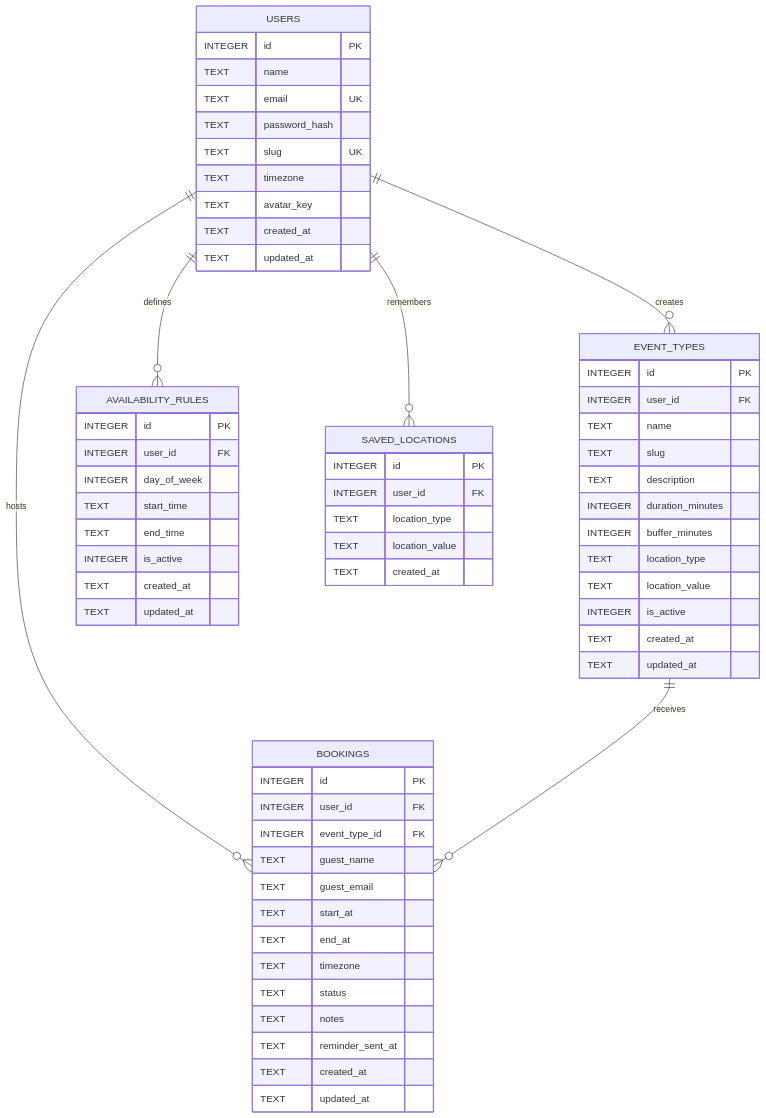
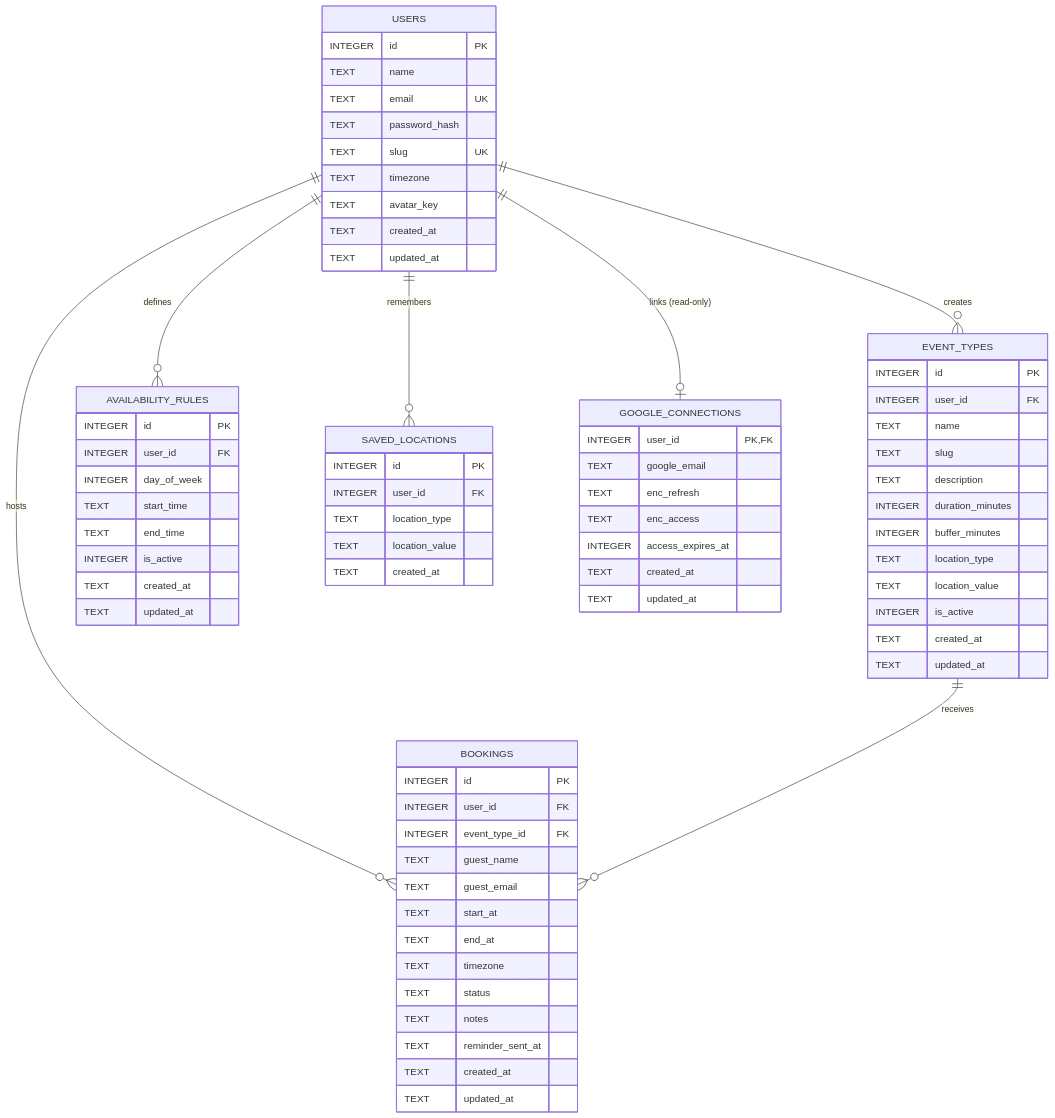
One commit to coachwmafendi/meetflow-cf changed the diagram in ERD.md. Above: the diagram before and after it, drawn with Mermaid. The commit also changed other lines of this file and 1 other file, not shown here.

Commit message:
docs(gcal): prd and erd describe google calendar connection

````diff
--- a/ERD.md
+++ b/ERD.md
@@ -39,71 +42,82 @@
 ```mermaid
 erDiagram
 
     USERS ||--o{ EVENT_TYPES : creates
     USERS ||--o{ AVAILABILITY_RULES : defines
     USERS ||--o{ BOOKINGS : hosts
     USERS ||--o{ SAVED_LOCATIONS : remembers
+    USERS ||--o| GOOGLE_CONNECTIONS : "links (read-only)"
     EVENT_TYPES ||--o{ BOOKINGS : receives
 
     USERS {
         INTEGER id PK
         TEXT name
         TEXT email UK
         TEXT password_hash
         TEXT slug UK
         TEXT timezone
         TEXT avatar_key
         TEXT created_at
         TEXT updated_at
     }
 
     EVENT_TYPES {
         INTEGER id PK
         INTEGER user_id FK
         TEXT name
         TEXT slug
         TEXT description
         INTEGER duration_minutes
         INTEGER buffer_minutes
         TEXT location_type
         TEXT location_value
         INTEGER is_active
         TEXT created_at
         TEXT updated_at
     }
 
     AVAILABILITY_RULES {
         INTEGER id PK
         INTEGER user_id FK
         INTEGER day_of_week
         TEXT start_time
         TEXT end_time
         INTEGER is_active
         TEXT created_at
         TEXT updated_at
     }
 
     BOOKINGS {
         INTEGER id PK
         INTEGER user_id FK
         INTEGER event_type_id FK
         TEXT guest_name
         TEXT guest_email
         TEXT start_at
         TEXT end_at
         TEXT timezone
         TEXT status
         TEXT notes
         TEXT reminder_sent_at
         TEXT created_at
         TEXT updated_at
     }
 
     SAVED_LOCATIONS {
         INTEGER id PK
         INTEGER user_id FK
         TEXT location_type
         TEXT location_value
         TEXT created_at
     }
+
+    GOOGLE_CONNECTIONS {
+        INTEGER user_id PK, FK
+        TEXT google_email
+        TEXT enc_refresh
+        TEXT enc_access
+        INTEGER access_expires_at
+        TEXT created_at
+        TEXT updated_at
+    }
 ```
````
